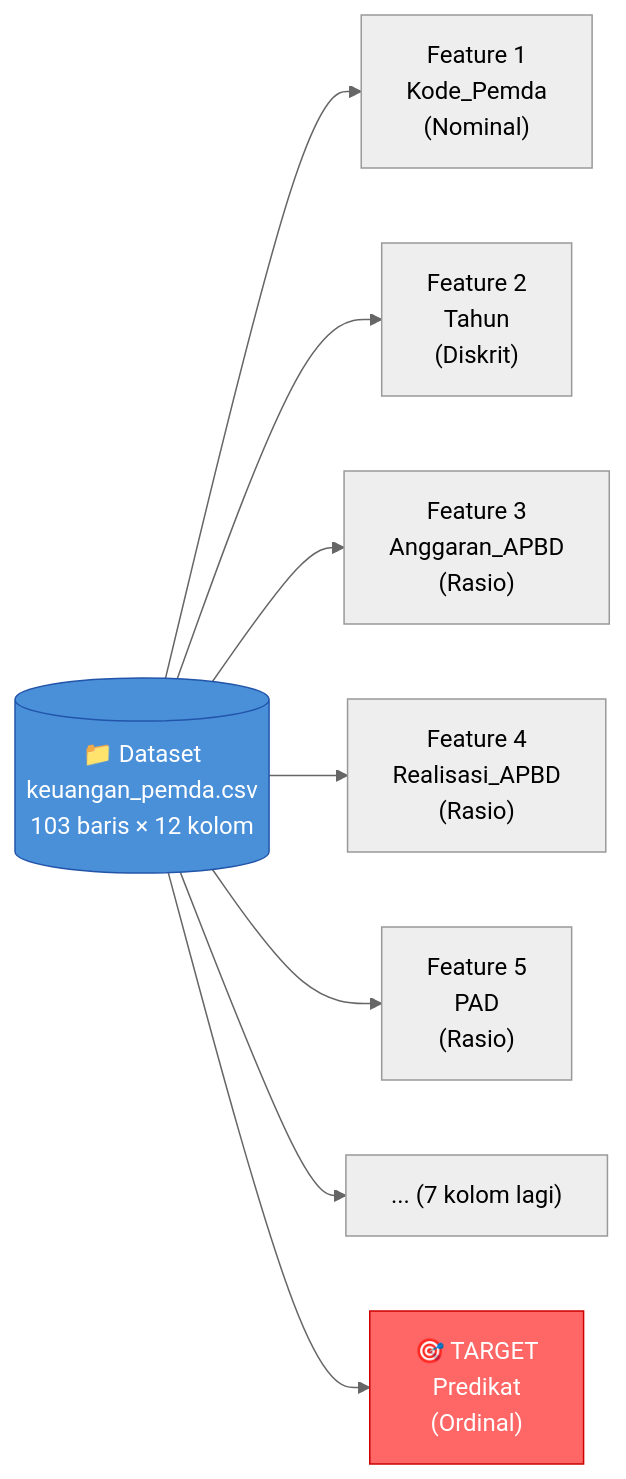
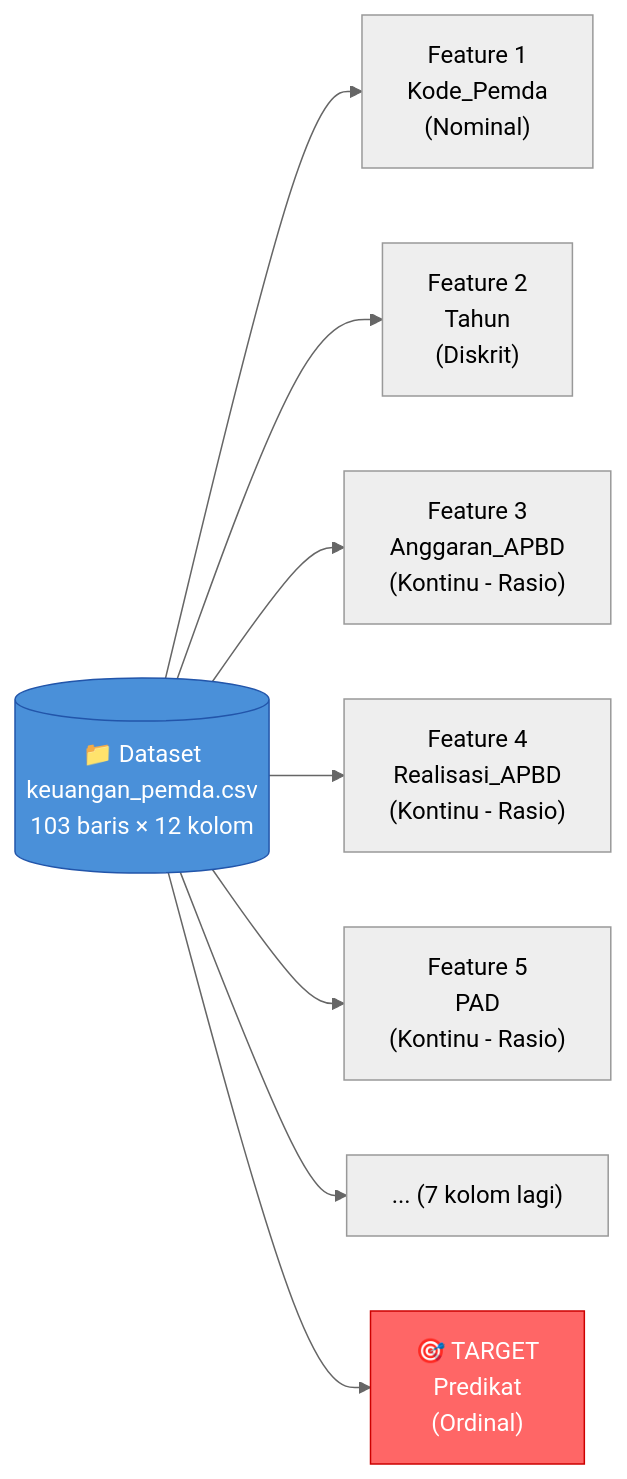
The fourth of 5 diagrams in Materi Pendukung/01-Pengenalan Data/pengenalan-tipe-data.md (petanidata/ADKSP), drawn with Mermaid (neutral theme) before and after one commit. The commit also changed other lines of this file, not shown here.

````diff
--- a/Materi Pendukung/01-Pengenalan Data/pengenalan-tipe-data.md
+++ b/Materi Pendukung/01-Pengenalan Data/pengenalan-tipe-data.md
@@ -156,13 +202,13 @@
 ```mermaid
 graph LR
     DS[("📁 Dataset\nkeuangan_pemda.csv\n103 baris × 12 kolom")] --> F1["Feature 1\nKode_Pemda\n(Nominal)"]
     DS --> F2["Feature 2\nTahun\n(Diskrit)"]
-    DS --> F3["Feature 3\nAnggaran_APBD\n(Rasio)"]
-    DS --> F4["Feature 4\nRealisasi_APBD\n(Rasio)"]
-    DS --> F5["Feature 5\nPAD\n(Rasio)"]
+    DS --> F3["Feature 3\nAnggaran_APBD\n(Kontinu - Rasio)"]
+    DS --> F4["Feature 4\nRealisasi_APBD\n(Kontinu - Rasio)"]
+    DS --> F5["Feature 5\nPAD\n(Kontinu - Rasio)"]
     DS --> FN["... (7 kolom lagi)"]
     DS --> TG["🎯 TARGET\nPredikat\n(Ordinal)"]
 
     style TG fill:#ff6666,stroke:#cc0000,color:#fff
     style DS fill:#4a90d9,stroke:#2255aa,color:#fff
 ```
````
